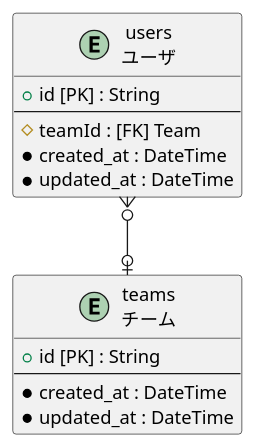
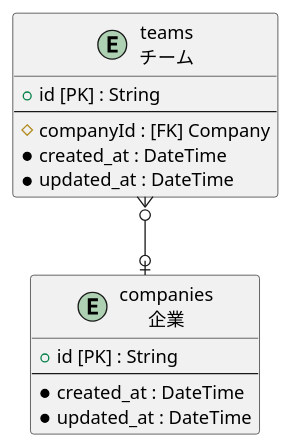
The fourth of 4 diagrams in tables.adoc (dbgso/asciidoc-publish-ghpages), drawn with PlantUML before and after one commit. The commit also changed other lines of this file and 10 other files, not shown here.

```diff
--- a/tables.adoc
+++ b/tables.adoc
@@ -87,25 +148,25 @@
-[plantuml,target=Team,format=svg]
+[plantuml,target=Company,format=svg]
 ....
-@startuml Team
+@startuml Company
 skinparam linetype ortho
-entity "users\nユーザ" as User {
+entity "teams\nチーム" as Team {
 + id [PK] : String 
 --
-  # teamId : [FK] Team
+  # companyId : [FK] Company
   * created_at : DateTime
   * updated_at : DateTime
 }
 
-entity "teams\nチーム" as Team {
+entity "companies\n企業" as Company {
 + id [PK] : String 
 --
   * created_at : DateTime
   * updated_at : DateTime
 }
 
 ' Relations
-User }o--o| Team
+Team }o--o| Company
 ' ManyToMany Relations
 ' enum relations
 @enduml
 ....
```
